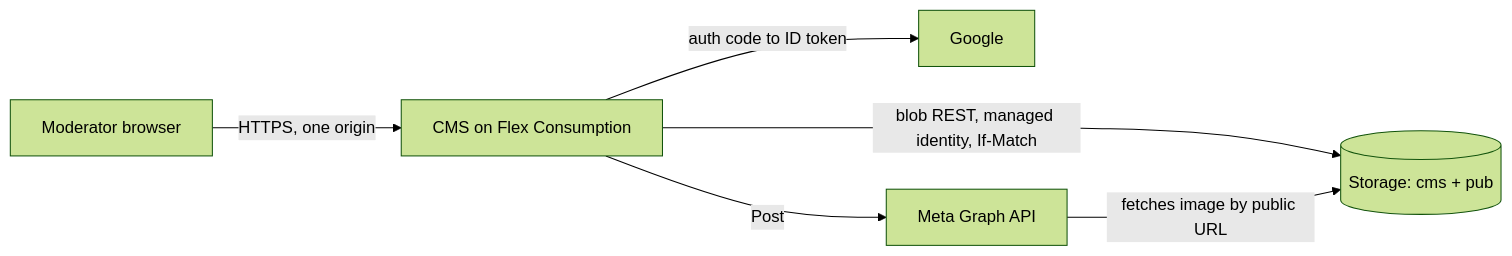
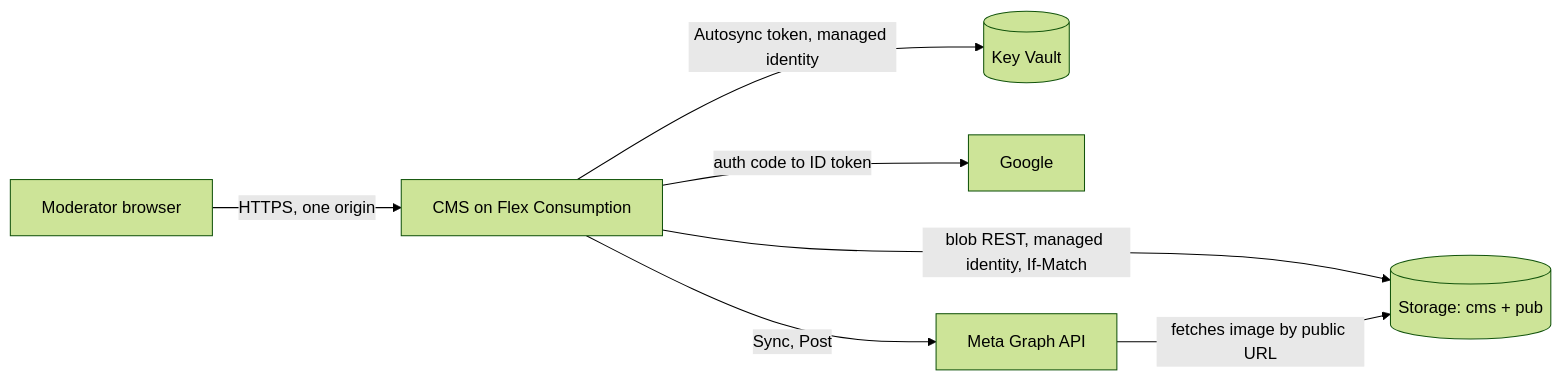
The diagram in docs/platform/README.md (filip-be/folk-ms), drawn with Mermaid (forest theme) before and after one commit. The commit also changed other lines of this file and 23 other files, not shown here.

````diff
--- a/docs/platform/README.md
+++ b/docs/platform/README.md
@@ -11,8 +11,9 @@
 ```mermaid
 flowchart LR
   M[Moderator browser] -->|HTTPS, one origin| C[CMS on Flex Consumption]
   C -->|blob REST, managed identity, If-Match| S[(Storage: cms + pub)]
+  C -->|Autosync token, managed identity| K[(Key Vault)]
   C -->|auth code to ID token| G[Google]
-  C -->|Post| F[Meta Graph API]
+  C -->|Sync, Post| F[Meta Graph API]
   F -->|fetches image by public URL| S
 ```
````
